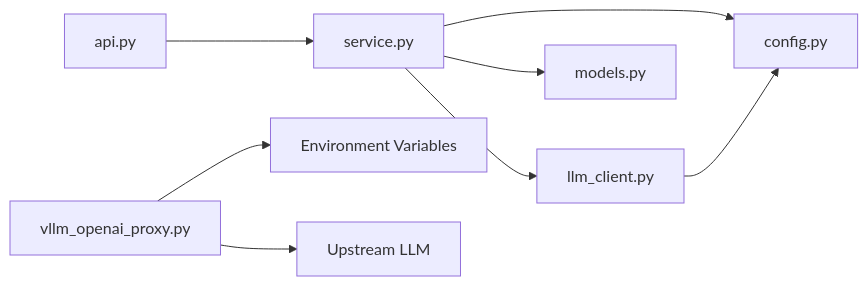
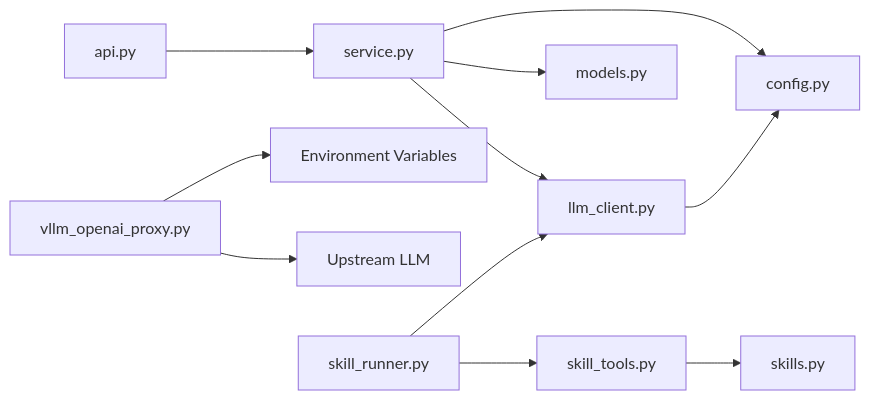
Before and after one commit to intellistream/sage-mate: the ninth of 10 diagrams in .qoder/repowiki/en/content/Integration and Extensions/LLM Client Architecture.md, drawn with Mermaid. The commit also changed other lines of this file and 136 other files, not shown here.

First line of the commit message:
chore: source updates, bidirectional link graph, data and repowiki refresh

````diff
--- a/.qoder/repowiki/en/content/Integration and Extensions/LLM Client Architecture.md
+++ b/.qoder/repowiki/en/content/Integration and Extensions/LLM Client Architecture.md
@@ -392,10 +549,13 @@
 ```mermaid
 graph LR
 API["api.py"] --> Service["service.py"]
 Service --> LLM["llm_client.py"]
 Service --> Config["config.py"]
 Service --> Models["models.py"]
 LLM --> Config
 Proxy["vllm_openai_proxy.py"] --> Env["Environment Variables"]
 Proxy --> Upstream["Upstream LLM"]
+SkillRunner["skill_runner.py"] --> LLM
+SkillRunner --> SkillTools["skill_tools.py"]
+SkillTools --> Skills["skills.py"]
 ```
````
